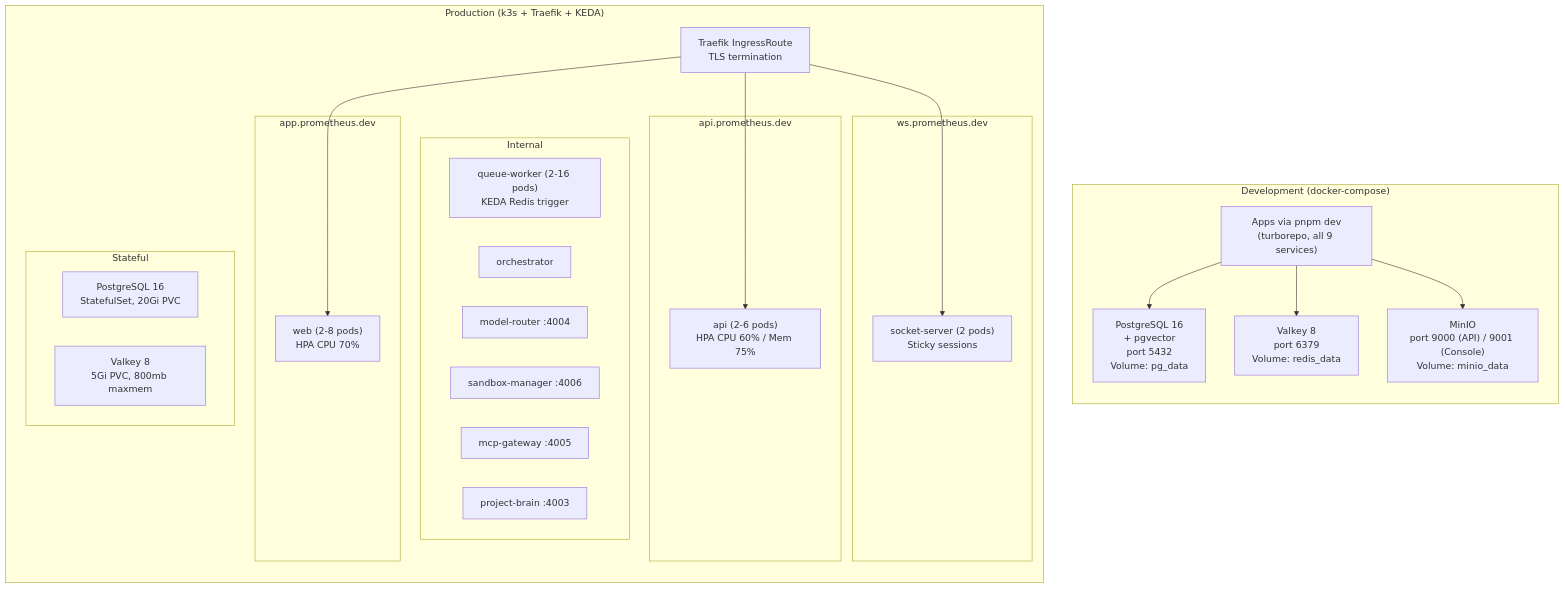
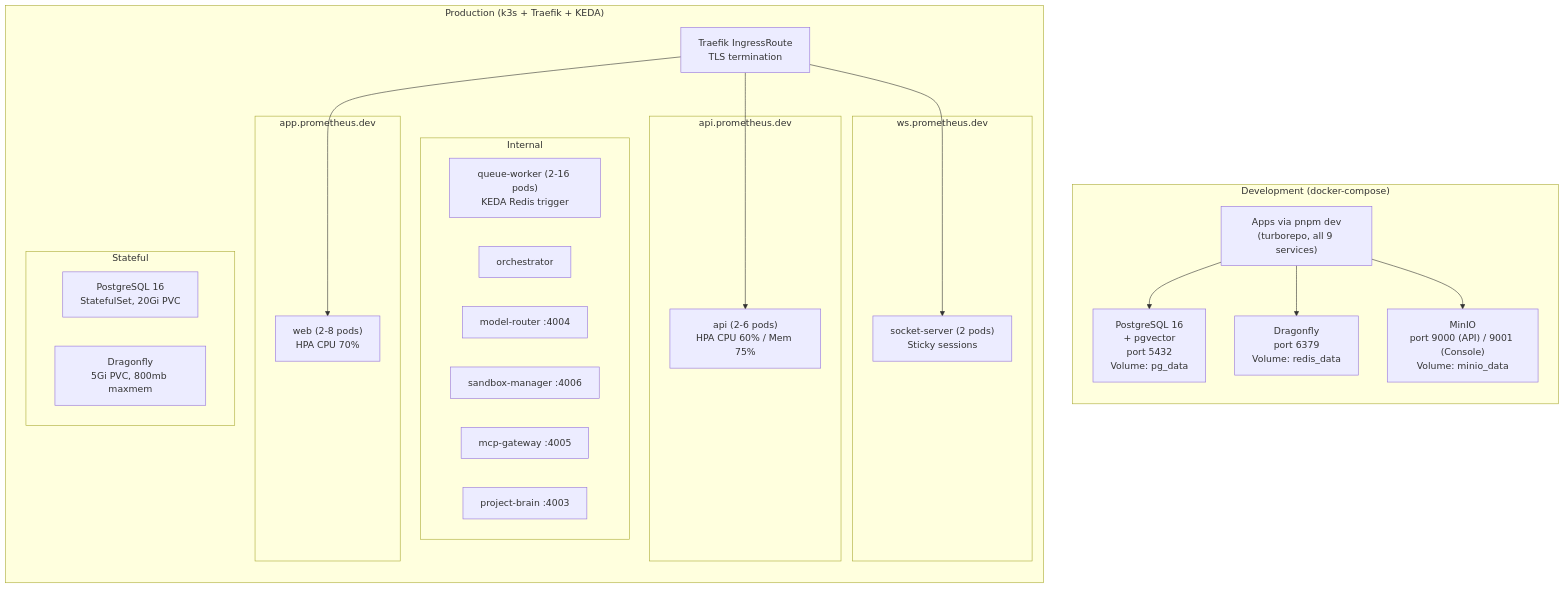
One commit to idimetrix/prometheus-ai changed diagram 12 of 18 in ARCHITECTURE.md. Above: the diagram before and after it, drawn with Mermaid. The commit also changed other lines of this file and 3 other files, not shown here.

Commit message:
docs: update architecture, features, missing gaps, and technologies documentation

````diff
--- a/ARCHITECTURE.md
+++ b/ARCHITECTURE.md
@@ -1589,49 +1621,49 @@
 ```mermaid
 graph TD
     subgraph "Development (docker-compose)"
         direction TB
         DevPG["PostgreSQL 16<br/>+ pgvector<br/>port 5432<br/>Volume: pg_data"]
-        DevRedis["Valkey 8<br/>port 6379<br/>Volume: redis_data"]
+        DevRedis["Dragonfly<br/>port 6379<br/>Volume: redis_data"]
         DevMinIO["MinIO<br/>port 9000 (API) / 9001 (Console)<br/>Volume: minio_data"]
         DevApps["Apps via pnpm dev<br/>(turborepo, all 9 services)"]
 
         DevApps --> DevPG
         DevApps --> DevRedis
         DevApps --> DevMinIO
     end
 
     subgraph "Production (k3s + Traefik + KEDA)"
         direction TB
         ProdTraefik["Traefik IngressRoute<br/>TLS termination"]
 
         subgraph "app.prometheus.dev"
             ProdWeb["web (2-8 pods)<br/>HPA CPU 70%"]
         end
 
         subgraph "api.prometheus.dev"
             ProdAPI["api (2-6 pods)<br/>HPA CPU 60% / Mem 75%"]
         end
 
         subgraph "ws.prometheus.dev"
             ProdSocket["socket-server (2 pods)<br/>Sticky sessions"]
         end
 
         subgraph "Internal"
             ProdQW["queue-worker (2-16 pods)<br/>KEDA Redis trigger"]
             ProdOrch["orchestrator"]
             ProdMR["model-router :4004"]
             ProdSM["sandbox-manager :4006"]
             ProdMCP["mcp-gateway :4005"]
             ProdPB["project-brain :4003"]
         end
 
         subgraph "Stateful"
             ProdPG["PostgreSQL 16<br/>StatefulSet, 20Gi PVC"]
-            ProdRedis["Valkey 8<br/>5Gi PVC, 800mb maxmem"]
+            ProdRedis["Dragonfly<br/>5Gi PVC, 800mb maxmem"]
         end
 
         ProdTraefik --> ProdWeb
         ProdTraefik --> ProdAPI
         ProdTraefik --> ProdSocket
     end
 ```
````
